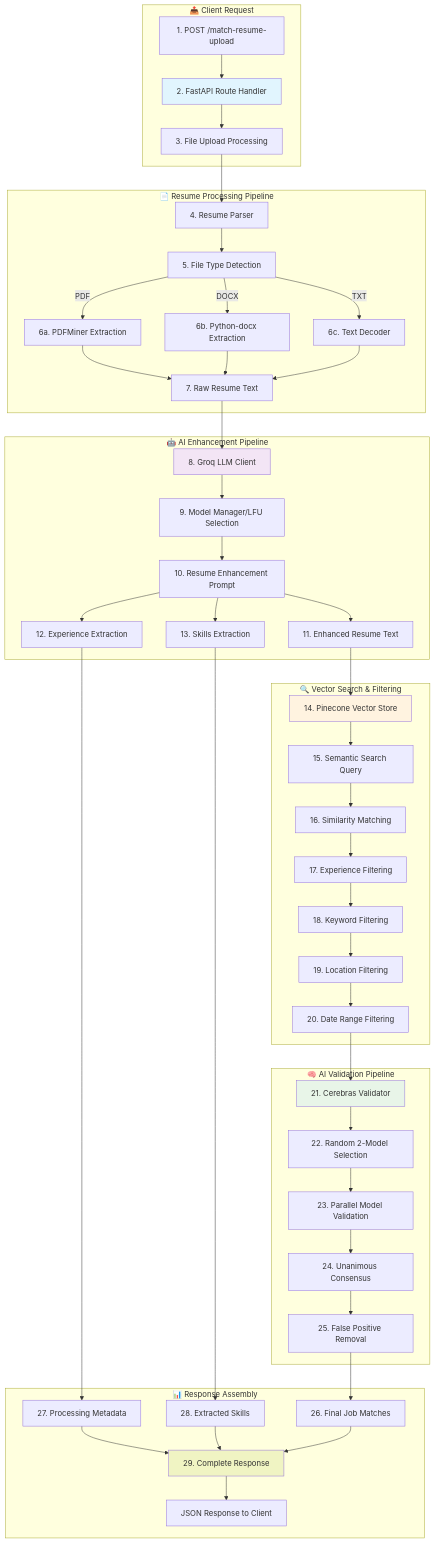
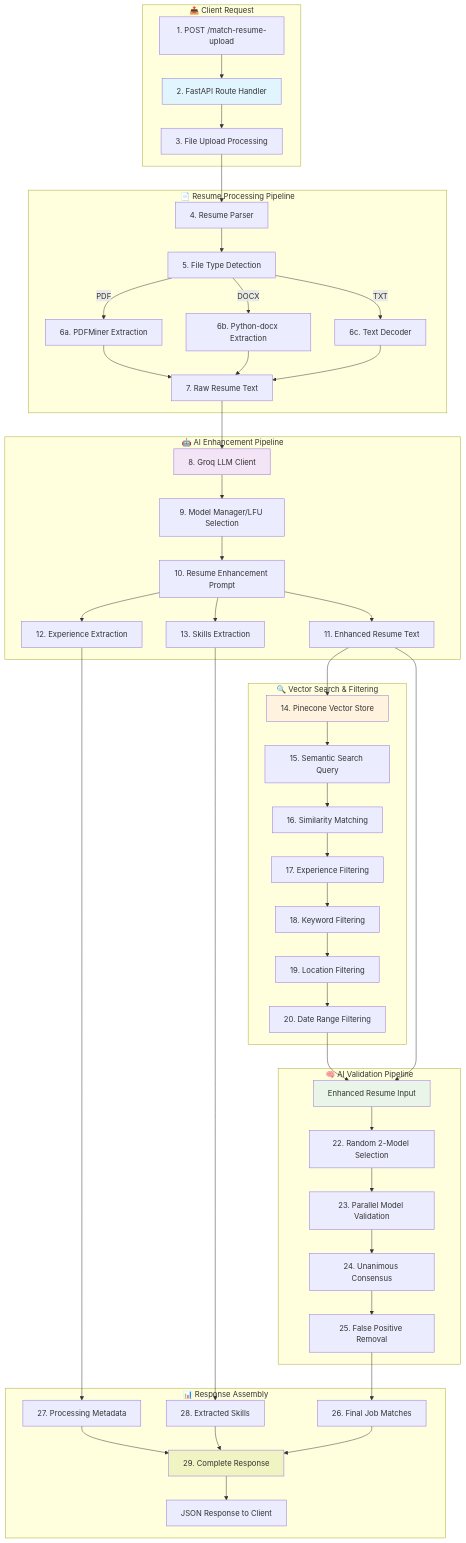
The seventh of 7 diagrams in README.md (tarunmovva/job_board_aggregator), drawn with Mermaid before and after one commit. The commit also changed other lines of this file and 2 other files, not shown here.

````diff
--- a/README.md
+++ b/README.md
@@ -941,61 +941,62 @@
 ```mermaid
 flowchart TD
     subgraph "📤 Client Request"
         A[1. POST /match-resume-upload] --> B[2. FastAPI Route Handler]
         B --> C[3. File Upload Processing]
     end
     
     subgraph "📄 Resume Processing Pipeline"
         C --> D[4. Resume Parser]
         D --> E[5. File Type Detection]
         E -->|PDF| F[6a. PDFMiner Extraction]
         E -->|DOCX| G[6b. Python-docx Extraction]
         E -->|TXT| H[6c. Text Decoder]
         F --> I[7. Raw Resume Text]
         G --> I
         H --> I
     end
     
     subgraph "🤖 AI Enhancement Pipeline"
         I --> J[8. Groq LLM Client]
         J --> K[9. Model Manager/LFU Selection]
         K --> L[10. Resume Enhancement Prompt]
         L --> M[11. Enhanced Resume Text]
         L --> N[12. Experience Extraction]
         L --> O[13. Skills Extraction]
     end
     
     subgraph "🔍 Vector Search & Filtering"
         M --> P[14. Pinecone Vector Store]
         P --> Q[15. Semantic Search Query]
         Q --> R[16. Similarity Matching]
         R --> S[17. Experience Filtering]
         S --> T[18. Keyword Filtering]
         T --> U[19. Location Filtering]
         U --> V[20. Date Range Filtering]
     end
     
     subgraph "🧠 AI Validation Pipeline"
         V --> W[21. Cerebras Validator]
+        M --> W[Enhanced Resume Input]
         W --> X[22. Random 2-Model Selection]
         X --> Y[23. Parallel Model Validation]
         Y --> Z[24. Unanimous Consensus]
         Z --> AA[25. False Positive Removal]
     end
     
     subgraph "📊 Response Assembly"
         AA --> BB[26. Final Job Matches]
         N --> CC[27. Processing Metadata]
         O --> DD[28. Extracted Skills]
         CC --> EE[29. Complete Response]
         DD --> EE
         BB --> EE
         EE --> FF[JSON Response to Client]
     end
     
     style B fill:#e1f5fe
     style J fill:#f3e5f5
     style P fill:#fff3e0
     style W fill:#e8f5e8
     style EE fill:#f0f4c3
 ```
````
